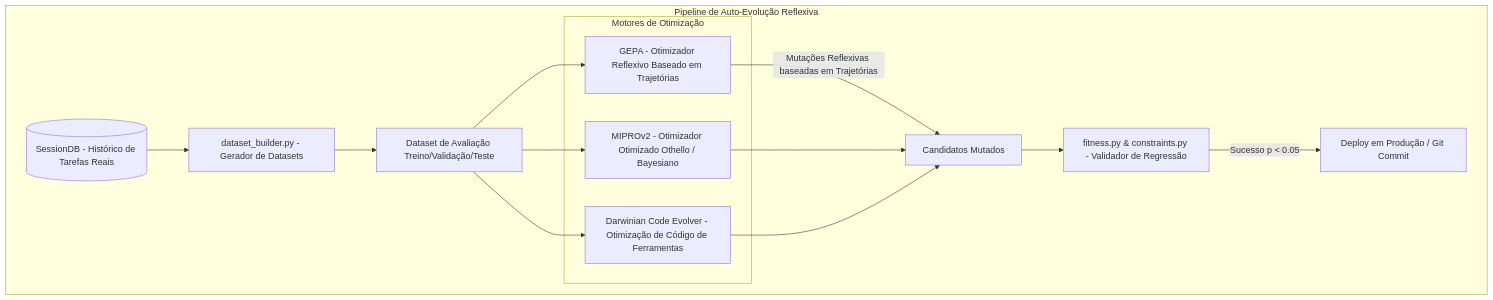
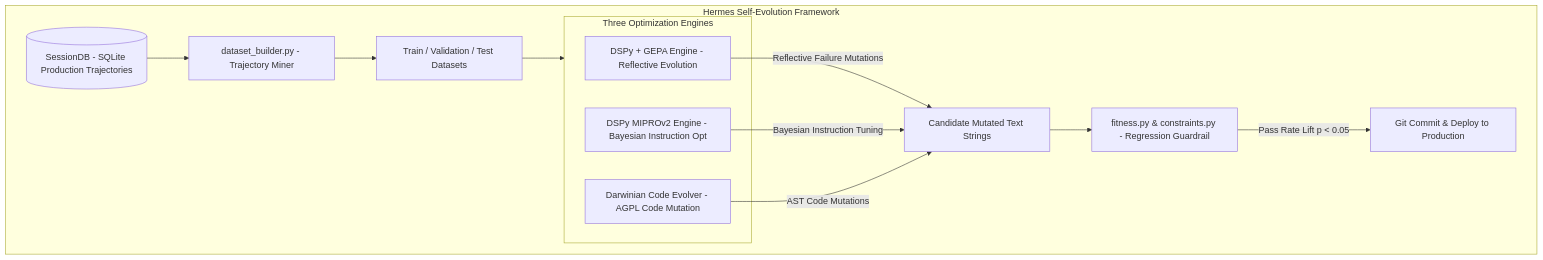
Before and after one commit to brainopensource/Harness-D-power: the first of 3 diagrams in docs/competitors_research/tech_lead_B/hermes_self_evolution_B_gemini.md, drawn with Mermaid. The commit also changed other lines of this file and 16 other files, not shown here.

````diff
--- a/docs/competitors_research/tech_lead_B/hermes_self_evolution_B_gemini.md
+++ b/docs/competitors_research/tech_lead_B/hermes_self_evolution_B_gemini.md
@@ -25,24 +33,22 @@
 ```mermaid
 graph TB
-    subgraph HERMES_SELF_EVOLUTION_PIPELINE [Pipeline de Auto-Evolução Reflexiva]
-        SessionDB[(SessionDB - Histórico de Tarefas Reais)] --> DatasetBuilder[dataset_builder.py - Gerador de Datasets]
-        DatasetBuilder --> EvalData[Dataset de Avaliação Treino/Validação/Teste]
+    subgraph HERMES_SELF_EVOLUTION_MASTER_PIPELINE [Hermes Self-Evolution Framework]
+        SessionDB[(SessionDB - SQLite Production Trajectories)] --> DatasetBuilder[dataset_builder.py - Trajectory Miner]
+        DatasetBuilder --> EvalData[Train / Validation / Test Datasets]
 
-        subgraph OPTIMIZATION_ENGINES [Motores de Otimização]
-            GEPA[GEPA - Otimizador Reflexivo Baseado em Trajetórias]
-            MIPRO[MIPROv2 - Otimizador Otimizado Othello / Bayesiano]
-            Darwin[Darwinian Code Evolver - Otimização de Código de Ferramentas]
+        subgraph THREE_OPTIMIZATION_ENGINES [Three Optimization Engines]
+            GEPA[DSPy + GEPA Engine - Reflective Evolution]
+            MIPRO[DSPy MIPROv2 Engine - Bayesian Instruction Opt]
+            Darwin[Darwinian Code Evolver - AGPL Code Mutation]
         end
 
-        EvalData --> GEPA
-        EvalData --> MIPRO
-        EvalData --> Darwin
+        EvalData --> THREE_OPTIMIZATION_ENGINES
 
-        GEPA -->|Mutações Reflexivas baseadas em Trajetórias| Candidates[Candidatos Mutados]
-        MIPRO --> Candidates
-        Darwin --> Candidates
+        GEPA -->|Reflective Failure Mutations| CandidateVariants[Candidate Mutated Text Strings]
+        MIPRO -->|Bayesian Instruction Tuning| CandidateVariants
+        Darwin -->|AST Code Mutations| CandidateVariants
 
-        Candidates --> Fitness[fitness.py & constraints.py - Validador de Regressão]
-        Fitness -->|Sucesso p < 0.05| Deploy[Deploy em Produção / Git Commit]
+        CandidateVariants --> Fitness[fitness.py & constraints.py - Regression Guardrail]
+        Fitness -->|Pass Rate Lift p < 0.05| ProductionDeploy[Git Commit & Deploy to Production]
     end
 ```
````
